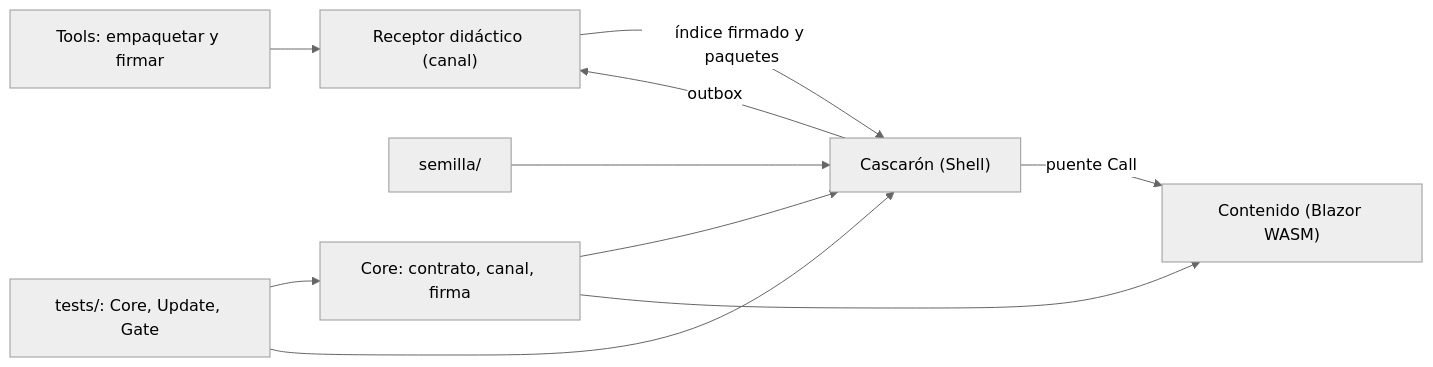
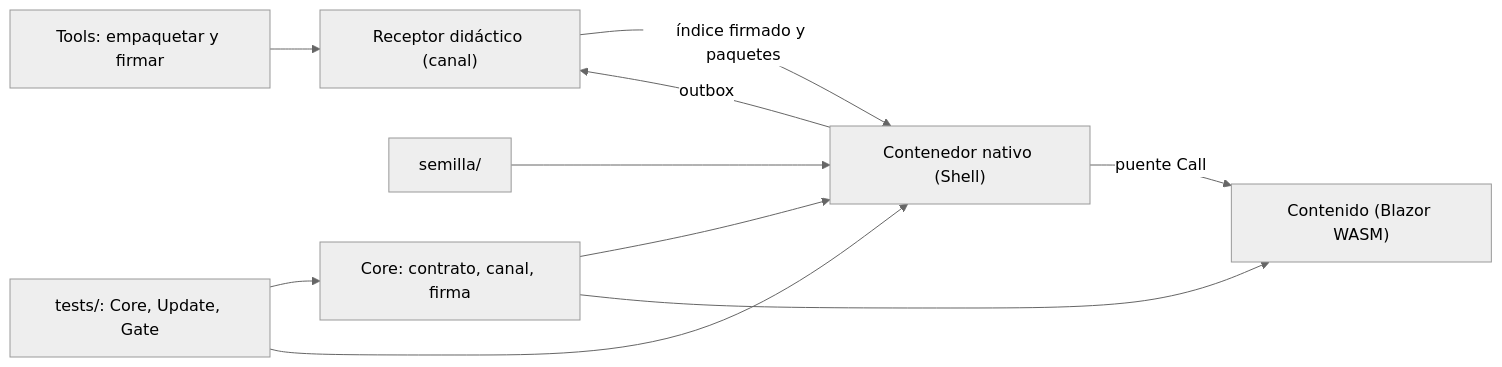
One commit to hdcm-dev/Lab-Documentos changed diagram 23 of 27 in Concepts/Framework-Concept/MAUI-Framework-Developer-Guide.md. Above: the diagram before and after it, drawn with Mermaid (neutral theme). The commit also changed other lines of this file and 10 other files, not shown here.

First line of the commit message:
Framework-Concept: «cascarón» → «contenedor nativo» (ADR-0001) y pauta Apple 4.7.2

````diff
--- a/Concepts/Framework-Concept/MAUI-Framework-Developer-Guide.md
+++ b/Concepts/Framework-Concept/MAUI-Framework-Developer-Guide.md
@@ -2078,12 +2078,12 @@
 ```mermaid
 flowchart LR
   Tools["Tools: empaquetar y firmar"] --> Receptor["Receptor didáctico (canal)"]
-  Receptor -->|índice firmado y paquetes| Shell["Cascarón (Shell)"]
+  Receptor -->|índice firmado y paquetes| Shell["Contenedor nativo (Shell)"]
   Semilla["semilla/"] --> Shell
   Core["Core: contrato, canal, firma"] --> Shell
   Core --> Content["Contenido (Blazor WASM)"]
   Shell -->|puente Call| Content
   Shell -->|outbox| Receptor
   Tests["tests/: Core, Update, Gate"] --> Core
   Tests --> Shell
 ```
````
